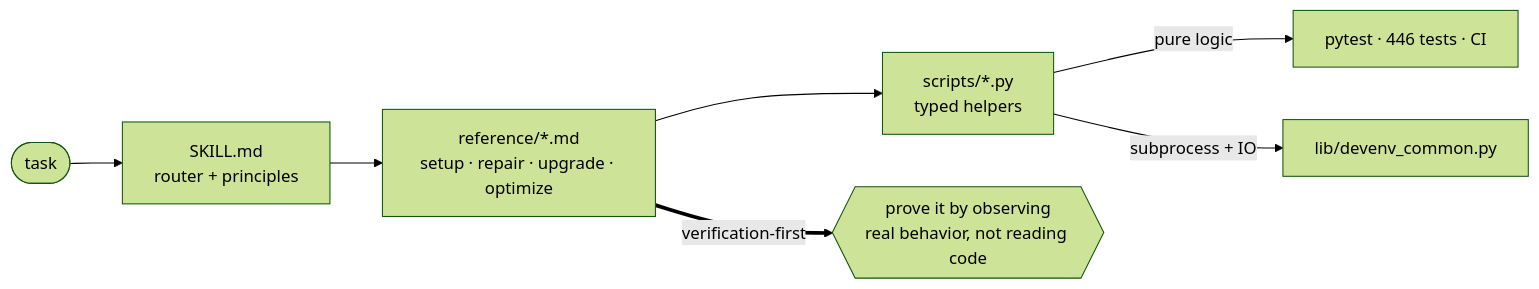
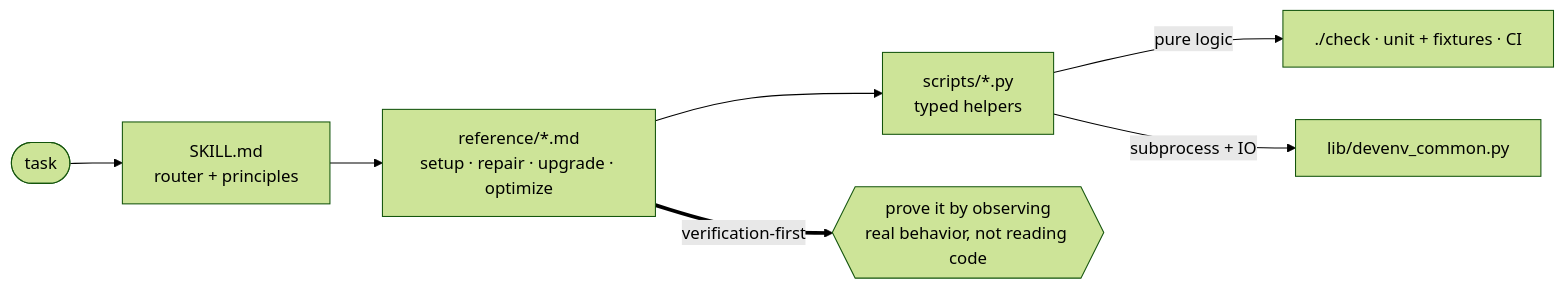
Before and after one commit to johnplantada/claude-skills: the second of 2 diagrams in README.md, drawn with Mermaid (forest theme). The commit also changed other lines of this file and 2 other files, not shown here.

First line of the commit message:
One entry point for every check tier

````diff
--- a/README.md
+++ b/README.md
@@ -63,9 +64,9 @@
 ```mermaid
 graph LR
     req([task]) --> md["SKILL.md<br/>router + principles"]
     md --> ref["reference/*.md<br/>setup · repair · upgrade · optimize"]
     ref --> py["scripts/*.py<br/>typed helpers"]
-    py -->|pure logic| test["pytest · 446 tests · CI"]
+    py -->|pure logic| test["./check · unit + fixtures · CI"]
     py -->|subprocess + IO| lib["lib/devenv_common.py"]
     ref ==>|verification-first| proof{{"prove it by observing<br/>real behavior, not reading code"}}
 ```
````
